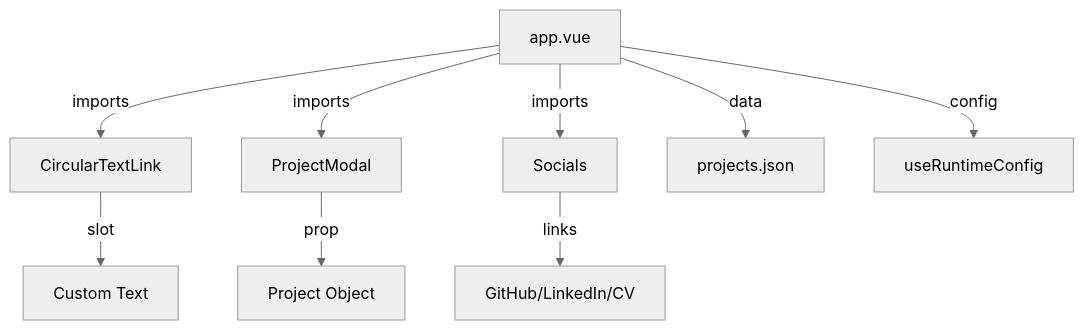
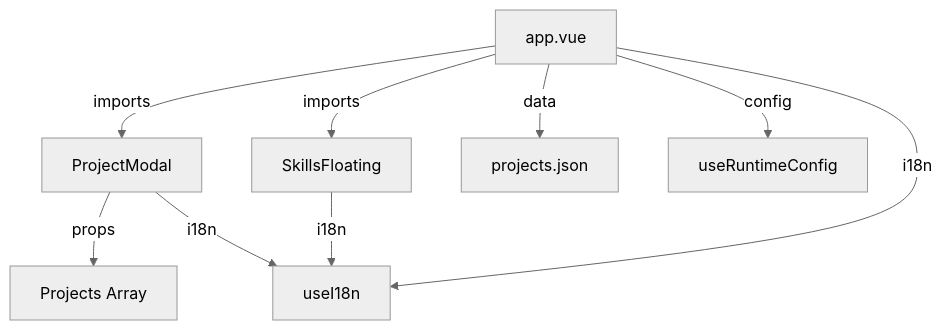
Before and after one commit to valentinbgt/v.beauget.fr: the diagram in .ai-documentation/COMPONENTS.md, drawn with Mermaid (neutral theme). The commit also changed other lines of this file and 14 other files, not shown here.

First line of the commit message:
refactor: Revise architecture and component structure; remove deprecated API and unused assets

````diff
--- a/.ai-documentation/COMPONENTS.md
+++ b/.ai-documentation/COMPONENTS.md
@@ -258,15 +220,15 @@
 ```mermaid
 graph TD
     AppVue[app.vue]
     
-    AppVue -->|imports| CircularTextLink
     AppVue -->|imports| ProjectModal
-    AppVue -->|imports| Socials
+    AppVue -->|imports| SkillsFloating
     
     AppVue -->|data| ProjectsJSON[projects.json]
     AppVue -->|config| RuntimeConfig[useRuntimeConfig]
+    AppVue -->|i18n| I18n[useI18n]
     
-    CircularTextLink -->|slot| TextContent[Custom Text]
-    ProjectModal -->|prop| ProjectData[Project Object]
-    Socials -->|links| ExternalURLs[GitHub/LinkedIn/CV]
+    ProjectModal -->|props| ProjectsArray[Projects Array]
+    ProjectModal -->|i18n| I18n
+    SkillsFloating -->|i18n| I18n
 ```
````
